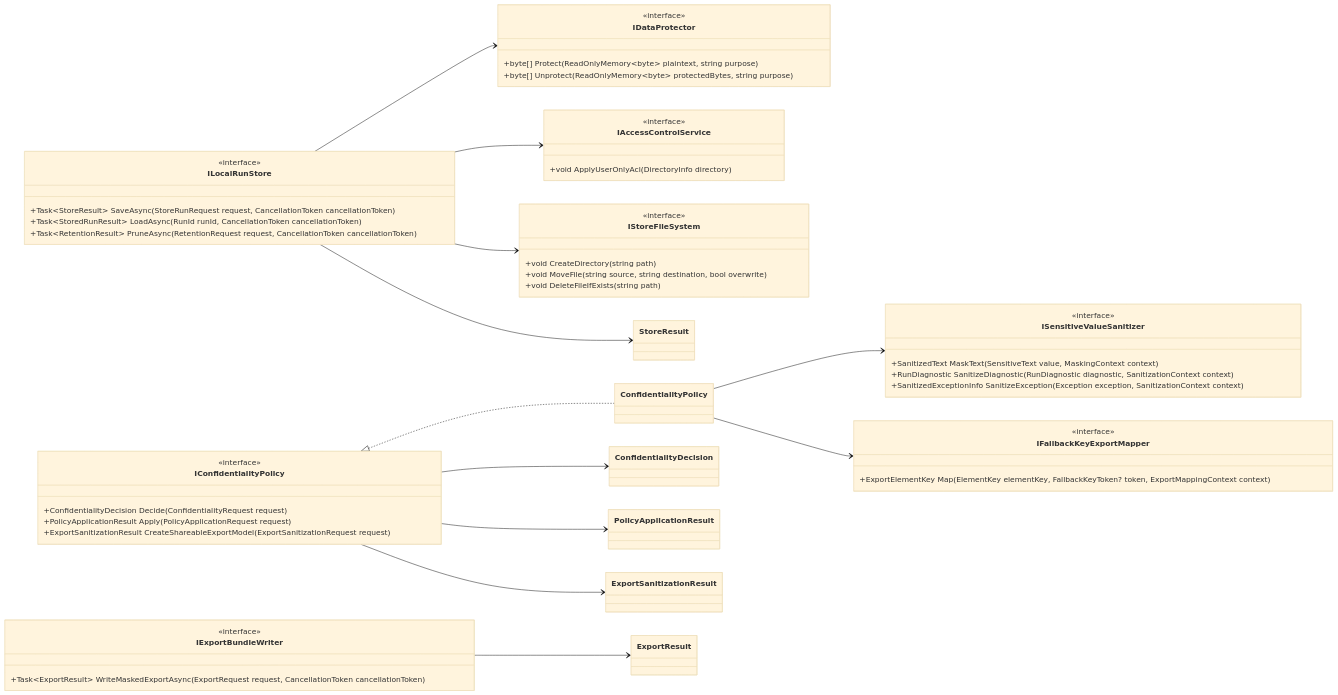
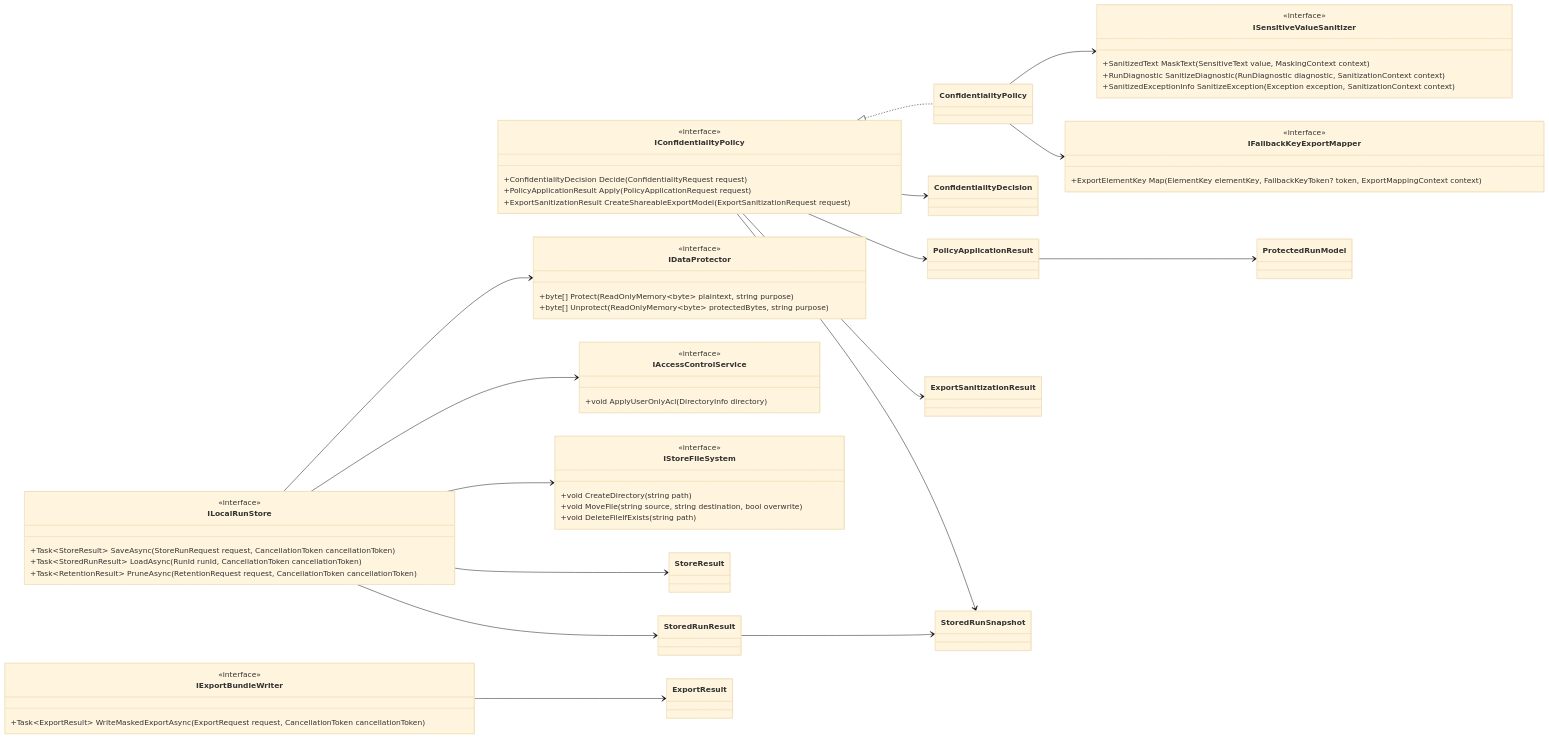
Before and after one commit to urario/Surveyor: the first of 2 diagrams in knowledge/design/des-0013-confidentiality-storage-and-export.md, drawn with Mermaid (base theme). The commit also changed other lines of this file and 2 other files, not shown here.

First line of the commit message:
docs: define run snapshot load contract

````diff
--- a/knowledge/design/des-0013-confidentiality-storage-and-export.md
+++ b/knowledge/design/des-0013-confidentiality-storage-and-export.md
@@ -95,71 +95,78 @@
 ```mermaid
 classDiagram
   direction LR
 
   class IConfidentialityPolicy {
     <<interface>>
     +ConfidentialityDecision Decide(ConfidentialityRequest request)
     +PolicyApplicationResult Apply(PolicyApplicationRequest request)
     +ExportSanitizationResult CreateShareableExportModel(ExportSanitizationRequest request)
   }
 
   class ISensitiveValueSanitizer {
     <<interface>>
     +SanitizedText MaskText(SensitiveText value, MaskingContext context)
     +RunDiagnostic SanitizeDiagnostic(RunDiagnostic diagnostic, SanitizationContext context)
     +SanitizedExceptionInfo SanitizeException(Exception exception, SanitizationContext context)
   }
 
   class IFallbackKeyExportMapper {
     <<interface>>
     +ExportElementKey Map(ElementKey elementKey, FallbackKeyToken? token, ExportMappingContext context)
   }
 
   class ILocalRunStore {
     <<interface>>
     +Task~StoreResult~ SaveAsync(StoreRunRequest request, CancellationToken cancellationToken)
     +Task~StoredRunResult~ LoadAsync(RunId runId, CancellationToken cancellationToken)
     +Task~RetentionResult~ PruneAsync(RetentionRequest request, CancellationToken cancellationToken)
   }
 
   class IExportBundleWriter {
     <<interface>>
     +Task~ExportResult~ WriteMaskedExportAsync(ExportRequest request, CancellationToken cancellationToken)
   }
 
   class IDataProtector {
     <<interface>>
     +byte[] Protect(ReadOnlyMemory~byte~ plaintext, string purpose)
     +byte[] Unprotect(ReadOnlyMemory~byte~ protectedBytes, string purpose)
   }
 
   class IAccessControlService {
     <<interface>>
     +void ApplyUserOnlyAcl(DirectoryInfo directory)
   }
 
   class IStoreFileSystem {
     <<interface>>
     +void CreateDirectory(string path)
     +void MoveFile(string source, string destination, bool overwrite)
     +void DeleteFileIfExists(string path)
   }
 
   class ConfidentialityDecision
   class PolicyApplicationResult
   class ExportSanitizationResult
+  class ProtectedRunModel
+  class StoredRunResult
+  class StoredRunSnapshot
   class StoreResult
   class ExportResult
 
   IConfidentialityPolicy <|.. ConfidentialityPolicy
   ConfidentialityPolicy --> ISensitiveValueSanitizer
   ConfidentialityPolicy --> IFallbackKeyExportMapper
   IConfidentialityPolicy --> ConfidentialityDecision
   IConfidentialityPolicy --> PolicyApplicationResult
   IConfidentialityPolicy --> ExportSanitizationResult
+  PolicyApplicationResult --> ProtectedRunModel
+  IConfidentialityPolicy --> StoredRunSnapshot
   ILocalRunStore --> IDataProtector
   ILocalRunStore --> IAccessControlService
   ILocalRunStore --> IStoreFileSystem
   ILocalRunStore --> StoreResult
+  ILocalRunStore --> StoredRunResult
+  StoredRunResult --> StoredRunSnapshot
   IExportBundleWriter --> ExportResult
 ```
````
